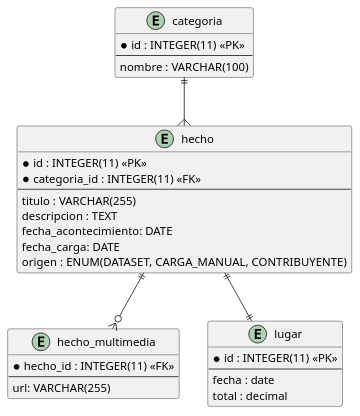
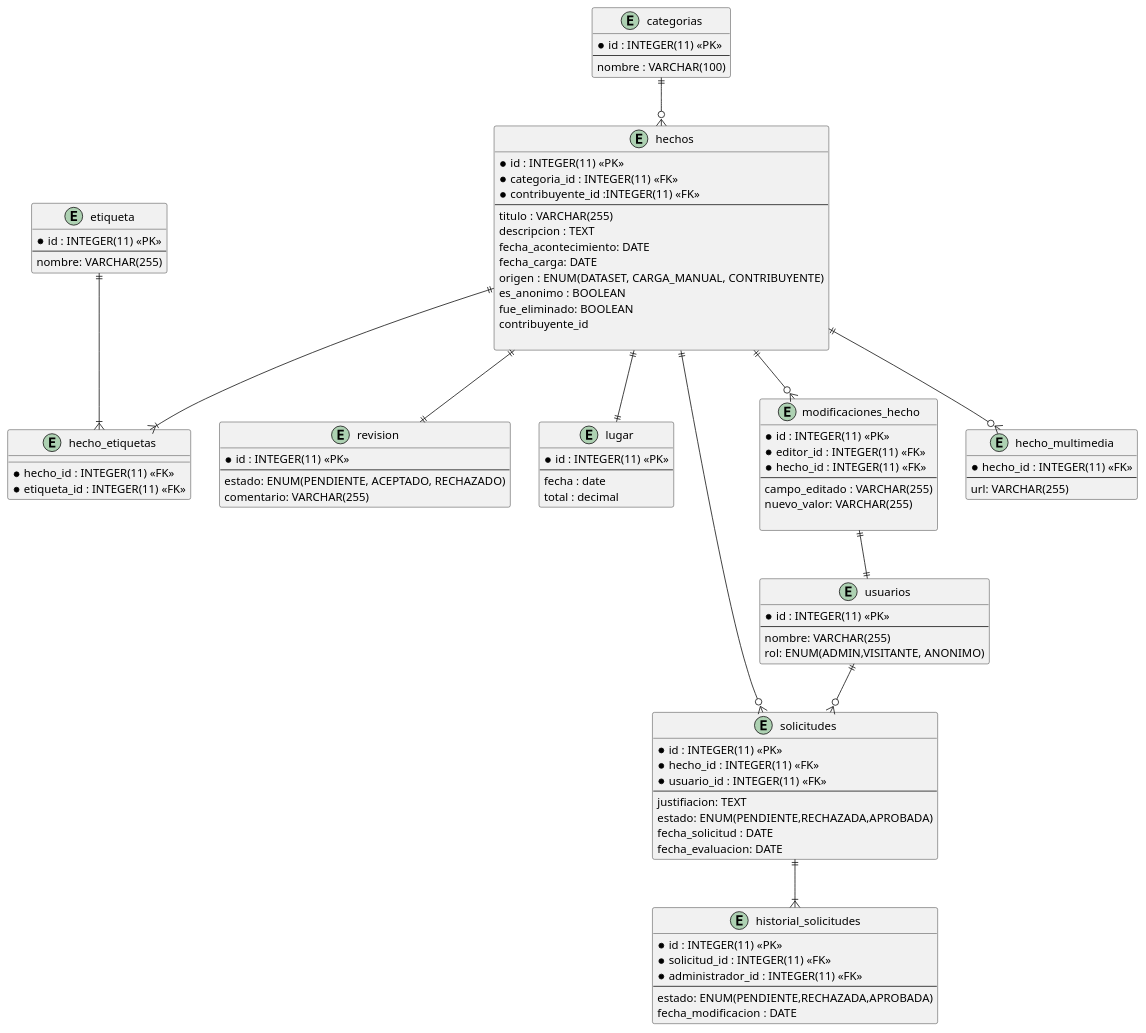
The diagram in Diagramas/DER/DERFuenteDinamica.puml (vclevy/MetaMapa), drawn with PlantUML before and after one commit. The commit also changed 4 other files, not shown here.

```diff
--- a/Diagramas/DER/DERFuenteDinamica.puml
+++ b/Diagramas/DER/DERFuenteDinamica.puml
@@ -1,38 +1,107 @@
 @startuml
 'https://plantuml.com/class-diagram
 
-entity "hecho" as hechos {
+entity hechos {
   * id : INTEGER(11) «PK»
  * categoria_id : INTEGER(11) «FK»
+ *   contribuyente_id :INTEGER(11) «FK»
   --
   titulo : VARCHAR(255)
   descripcion : TEXT
   fecha_acontecimiento: DATE
   fecha_carga: DATE
   origen : ENUM(DATASET, CARGA_MANUAL, CONTRIBUYENTE)
+  es_anonimo : BOOLEAN
+  fue_eliminado: BOOLEAN
+  contribuyente_id
+
 }
 
-entity "hecho_multimedia" as hechos_multimedia {
-  * hecho_id : INTEGER(11) «FK»
+
+entity revision  {
+  * id : INTEGER(11) «PK»
   --
-  url: VARCHAR(255)
+    estado: ENUM(PENDIENTE, ACEPTADO, RECHAZADO)
+    comentario: VARCHAR(255)
 }
 
-entity "lugar" as lugares {
+entity "lugar"  {
   * id : INTEGER(11) «PK»
   --
   fecha : date
   total : decimal
 }
 
-entity "categoria" as categorias {
+entity "categorias"  {
   *id : INTEGER(11) «PK»
   --
   nombre : VARCHAR(100)
 }
 
-hechos ||--|| lugares
-categorias ||--{ hechos
-hechos ||--o{ hechos_multimedia
+entity "hecho_etiquetas" {
+  * hecho_id : INTEGER(11) «FK»
+ * etiqueta_id : INTEGER(11) «FK»
+}
+
+entity solicitudes  {
+  * id : INTEGER(11) «PK»
+  * hecho_id : INTEGER(11) «FK»
+    * usuario_id : INTEGER(11) «FK»
+--
+justifiacion: TEXT
+estado: ENUM(PENDIENTE,RECHAZADA,APROBADA)
+fecha_solicitud : DATE
+fecha_evaluacion: DATE
+}
+
+entity historial_solicitudes  {
+  * id : INTEGER(11) «PK»
+    * solicitud_id : INTEGER(11) «FK»
+    * administrador_id : INTEGER(11) «FK»
+--
+estado: ENUM(PENDIENTE,RECHAZADA,APROBADA)
+fecha_modificacion : DATE
+}
+
+entity "modificaciones_hecho" {
+  * id : INTEGER(11) «PK»
+  * editor_id : INTEGER(11) «FK»
+    * hecho_id : INTEGER(11) «FK»
+  --
+  campo_editado : VARCHAR(255)
+  nuevo_valor: VARCHAR(255)
+
+}
+
+entity "hecho_multimedia" {
+  * hecho_id : INTEGER(11) «FK»
+  --
+  url: VARCHAR(255)
+}
+
+entity etiqueta {
+  * id : INTEGER(11) «PK»
+  --
+  nombre: VARCHAR(255)
+}
+
+entity usuarios {
+  * id : INTEGER(11) «PK»
+  --
+  nombre: VARCHAR(255)
+  rol: ENUM(ADMIN,VISITANTE, ANONIMO)
+}
+
+hechos ||--|| lugar
+hechos ||--|| revision
+categorias ||--o{ hechos
+hechos ||--o{ hecho_multimedia
+hechos ||--o{ solicitudes
+hechos ||--|{ "hecho_etiquetas"
+etiqueta ||--|{ "hecho_etiquetas"
+"modificaciones_hecho" ||--|| usuarios
+ hechos ||--o{ "modificaciones_hecho"
+usuarios ||--o{ solicitudes
+solicitudes ||--|{ historial_solicitudes
 
 @enduml
```
